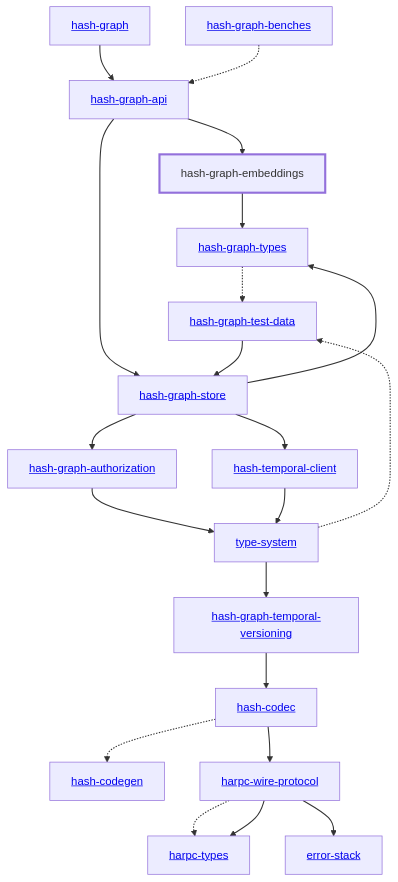
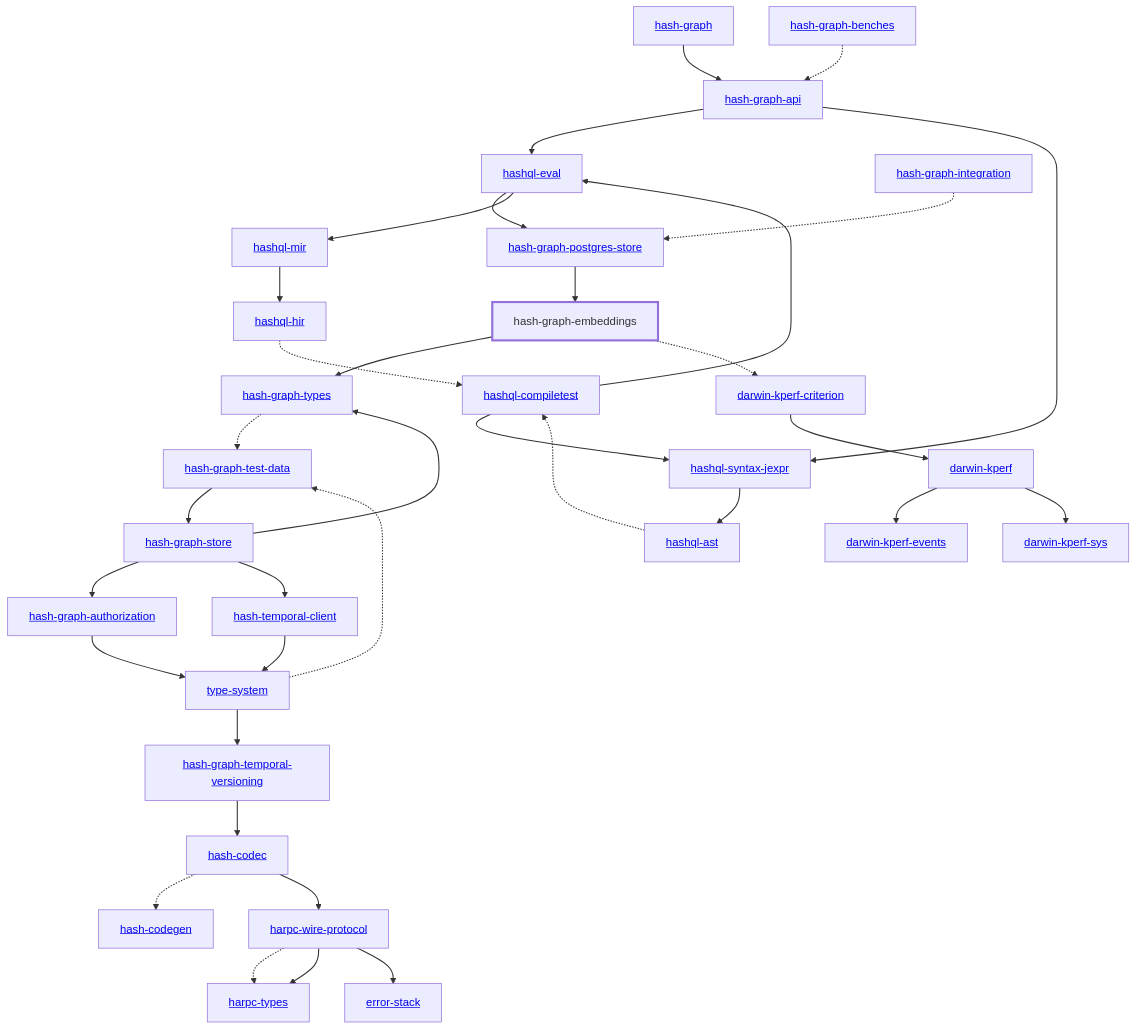
Before and after one commit to AKJUS/akin-hash: the diagram in libs/@local/graph/embeddings/docs/dependency-diagram.mmd, drawn with Mermaid. The commit also changed 52 other files, not shown here.

```diff
--- a/libs/@local/graph/embeddings/docs/dependency-diagram.mmd
+++ b/libs/@local/graph/embeddings/docs/dependency-diagram.mmd
@@ -1,47 +1,73 @@
 graph TD
     linkStyle default stroke-width:1.5px
     classDef default stroke-width:1px
     classDef root stroke-width:3px
     classDef dev stroke-width:1px
     classDef build stroke-width:1px
     %% Legend
     %% --> : Normal dependency
     %% -.-> : Dev dependency
     %% ---> : Build dependency
     0[<a href="../hash_graph/index.html">hash-graph</a>]
     1[<a href="../type_system/index.html">type-system</a>]
     2[<a href="../hash_codec/index.html">hash-codec</a>]
     3[<a href="../hash_codegen/index.html">hash-codegen</a>]
     4[<a href="../hash_graph_api/index.html">hash-graph-api</a>]
     5[<a href="../hash_graph_authorization/index.html">hash-graph-authorization</a>]
     6[hash-graph-embeddings]
     class 6 root
-    7[<a href="../hash_graph_store/index.html">hash-graph-store</a>]
-    8[<a href="../hash_graph_temporal_versioning/index.html">hash-graph-temporal-versioning</a>]
-    9[<a href="../hash_graph_types/index.html">hash-graph-types</a>]
-    10[<a href="../harpc_types/index.html">harpc-types</a>]
-    11[<a href="../harpc_wire_protocol/index.html">harpc-wire-protocol</a>]
-    12[<a href="../hash_temporal_client/index.html">hash-temporal-client</a>]
-    13[<a href="../error_stack/index.html">error-stack</a>]
-    14[<a href="../hash_graph_benches/index.html">hash-graph-benches</a>]
-    15[<a href="../hash_graph_test_data/index.html">hash-graph-test-data</a>]
+    7[<a href="../hash_graph_postgres_store/index.html">hash-graph-postgres-store</a>]
+    8[<a href="../hash_graph_store/index.html">hash-graph-store</a>]
+    9[<a href="../hash_graph_temporal_versioning/index.html">hash-graph-temporal-versioning</a>]
+    10[<a href="../hash_graph_types/index.html">hash-graph-types</a>]
+    11[<a href="../harpc_types/index.html">harpc-types</a>]
+    12[<a href="../harpc_wire_protocol/index.html">harpc-wire-protocol</a>]
+    13[<a href="../hashql_ast/index.html">hashql-ast</a>]
+    14[<a href="../hashql_compiletest/index.html">hashql-compiletest</a>]
+    15[<a href="../hashql_eval/index.html">hashql-eval</a>]
+    16[<a href="../hashql_hir/index.html">hashql-hir</a>]
+    17[<a href="../hashql_mir/index.html">hashql-mir</a>]
+    18[<a href="../hashql_syntax_jexpr/index.html">hashql-syntax-jexpr</a>]
+    19[<a href="../hash_temporal_client/index.html">hash-temporal-client</a>]
+    20[<a href="../darwin_kperf/index.html">darwin-kperf</a>]
+    21[<a href="../darwin_kperf_criterion/index.html">darwin-kperf-criterion</a>]
+    22[<a href="../darwin_kperf_events/index.html">darwin-kperf-events</a>]
+    23[<a href="../darwin_kperf_sys/index.html">darwin-kperf-sys</a>]
+    24[<a href="../error_stack/index.html">error-stack</a>]
+    25[<a href="../hash_graph_benches/index.html">hash-graph-benches</a>]
+    26[<a href="../hash_graph_integration/index.html">hash-graph-integration</a>]
+    27[<a href="../hash_graph_test_data/index.html">hash-graph-test-data</a>]
     0 --> 4
-    1 --> 8
-    1 -.-> 15
+    1 --> 9
+    1 -.-> 27
     2 -.-> 3
-    2 --> 11
-    4 --> 6
-    4 --> 7
+    2 --> 12
+    4 --> 15
+    4 --> 18
     5 --> 1
-    6 --> 9
-    7 --> 5
-    7 --> 9
-    7 --> 12
-    8 --> 2
-    9 -.-> 15
-    11 -.-> 10
-    11 --> 10
-    11 --> 13
-    12 --> 1
-    14 -.-> 4
+    6 --> 10
+    6 -.-> 21
+    7 --> 6
+    8 --> 5
+    8 --> 10
+    8 --> 19
+    9 --> 2
+    10 -.-> 27
+    12 -.-> 11
+    12 --> 11
+    12 --> 24
+    13 -.-> 14
+    14 --> 15
+    14 --> 18
     15 --> 7
+    15 --> 17
+    16 -.-> 14
+    17 --> 16
+    18 --> 13
+    19 --> 1
+    20 --> 22
+    20 --> 23
+    21 --> 20
+    25 -.-> 4
+    26 -.-> 7
+    27 --> 8
```
